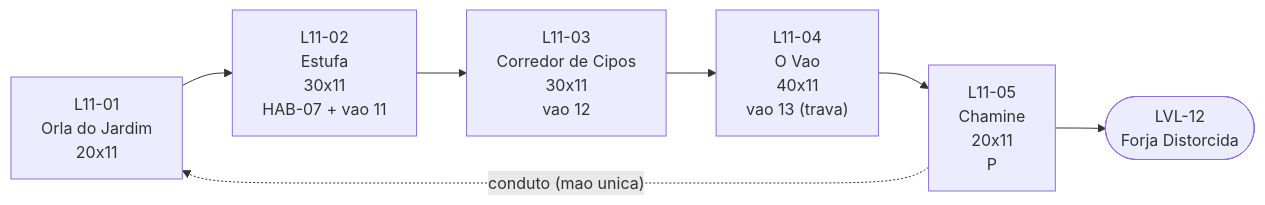
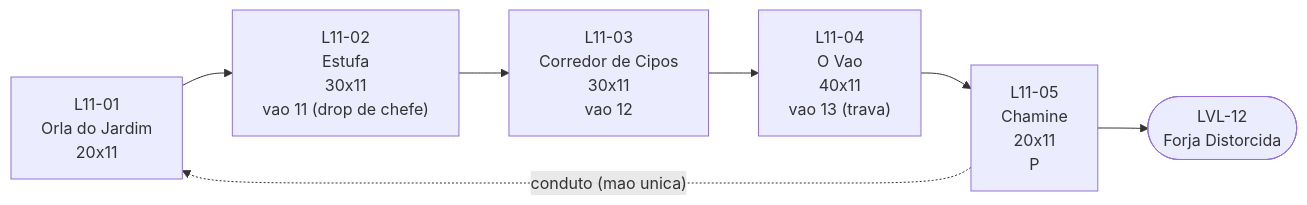
Before and after one commit to Brayan-dev2/React-Phaser: the diagram in 03-Jogos/30-homem-macho/docs/niveis/LVL-11.md, drawn with Mermaid. The commit also changed other lines of this file and 481 other files, not shown here.

````diff
--- a/03-Jogos/30-homem-macho/docs/niveis/LVL-11.md
+++ b/03-Jogos/30-homem-macho/docs/niveis/LVL-11.md
@@ -47,9 +47,9 @@
 ```mermaid
 flowchart LR
-  A["L11-01<br/>Orla do Jardim<br/>20x11"] --> B["L11-02<br/>Estufa<br/>30x11<br/>HAB-07 + vao 11"]
+  A["L11-01<br/>Orla do Jardim<br/>20x11"] --> B["L11-02<br/>Estufa<br/>30x11<br/>vao 11 (drop de chefe)"]
   B --> C["L11-03<br/>Corredor de Cipos<br/>30x11<br/>vao 12"]
   C --> D["L11-04<br/>O Vao<br/>40x11<br/>vao 13 (trava)"]
   D --> E["L11-05<br/>Chamine<br/>20x11<br/>P"]
   E --> X(["LVL-12<br/>Forja Distorcida"])
   E -.->|"conduto (mao unica)"| A
 ```
````
